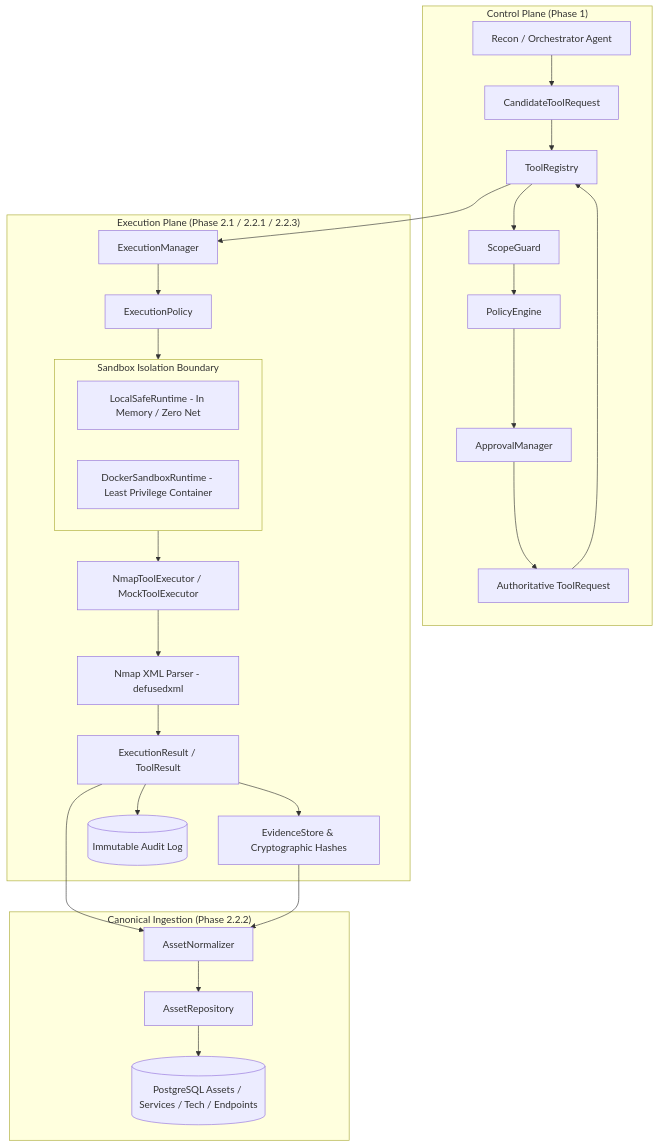
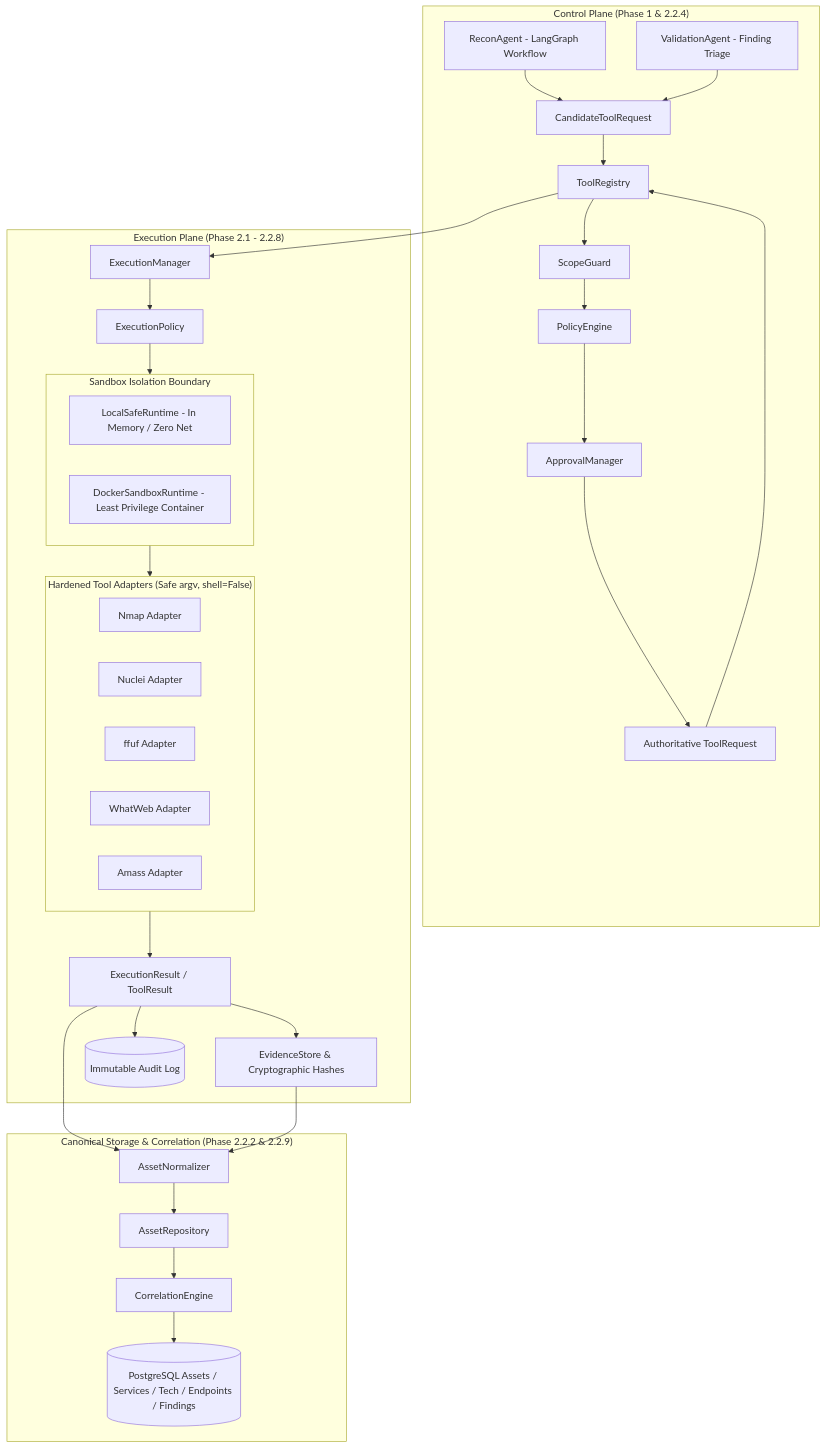
One commit to jivi001/ARKA changed the diagram in docs/phases/phase-2.md. Above: the diagram before and after it, drawn with Mermaid. The commit also changed other lines of this file and 46 other files, not shown here.

Commit message:
implement core recon and validation agents with secure tool adapters for Nuclei, Amass, Ffuf, and WhatWeb

````diff
--- a/docs/phases/phase-2.md
+++ b/docs/phases/phase-2.md
@@ -14,55 +22,64 @@
 ```mermaid
 graph TD
-    subgraph ControlPlane["Control Plane (Phase 1)"]
-        Agent[Recon / Orchestrator Agent]
+    subgraph ControlPlane["Control Plane (Phase 1 & 2.2.4)"]
+        ReconAgent[ReconAgent - LangGraph Workflow]
+        ValidationAgent[ValidationAgent - Finding Triage]
         Candidate[CandidateToolRequest]
         Registry[ToolRegistry]
         Scope[ScopeGuard]
         Policy[PolicyEngine]
         Approval[ApprovalManager]
         AuthReq[Authoritative ToolRequest]
     end
     
-    subgraph ExecutionPlane["Execution Plane (Phase 2.1 / 2.2.1 / 2.2.3)"]
+    subgraph ExecutionPlane["Execution Plane (Phase 2.1 - 2.2.8)"]
         ExecMgr[ExecutionManager]
         ExecPolicy[ExecutionPolicy]
+        
+        subgraph ToolAdapters["Hardened Tool Adapters (Safe argv, shell=False)"]
+            Nmap[Nmap Adapter]
+            Nuclei[Nuclei Adapter]
+            Ffuf[ffuf Adapter]
+            WhatWeb[WhatWeb Adapter]
+            Amass[Amass Adapter]
+        end
         
         subgraph IsolationRuntimes["Sandbox Isolation Boundary"]
             LocalRT[LocalSafeRuntime - In Memory / Zero Net]
             DockerRT[DockerSandboxRuntime - Least Privilege Container]
         end
         
-        ToolExec[NmapToolExecutor / MockToolExecutor]
-        NmapParser[Nmap XML Parser - defusedxml]
         ExecResult[ExecutionResult / ToolResult]
         Evidence[EvidenceStore & Cryptographic Hashes]
         AuditLog[(Immutable Audit Log)]
     end
 
-    subgraph NormalizationAndAssetStore["Canonical Ingestion (Phase 2.2.2)"]
+    subgraph CorrelationAndStorage["Canonical Storage & Correlation (Phase 2.2.2 & 2.2.9)"]
         AssetNormalizer[AssetNormalizer]
+        CorrelationEngine[CorrelationEngine]
         AssetRepo[AssetRepository]
-        AssetDB[(PostgreSQL Assets / Services / Tech / Endpoints)]
+        AssetDB[(PostgreSQL Assets / Services / Tech / Endpoints / Findings)]
     end
     
-    Agent --> Candidate
+    ReconAgent --> Candidate
+    ValidationAgent --> Candidate
     Candidate --> Registry
     Registry --> Scope
     Scope --> Policy
     Policy --> Approval
     Approval --> AuthReq
     AuthReq --> Registry
     Registry --> ExecMgr
     ExecMgr --> ExecPolicy
     ExecPolicy --> IsolationRuntimes
-    IsolationRuntimes --> ToolExec
-    ToolExec --> NmapParser
-    NmapParser --> ExecResult
+    IsolationRuntimes --> ToolAdapters
+    ToolAdapters --> ExecResult
     ExecResult --> Evidence
     ExecResult --> AuditLog
 
     ExecResult --> AssetNormalizer
     Evidence --> AssetNormalizer
     AssetNormalizer --> AssetRepo
-    AssetRepo --> AssetDB
+    AssetRepo --> CorrelationEngine
+    CorrelationEngine --> AssetDB
 ```
````
